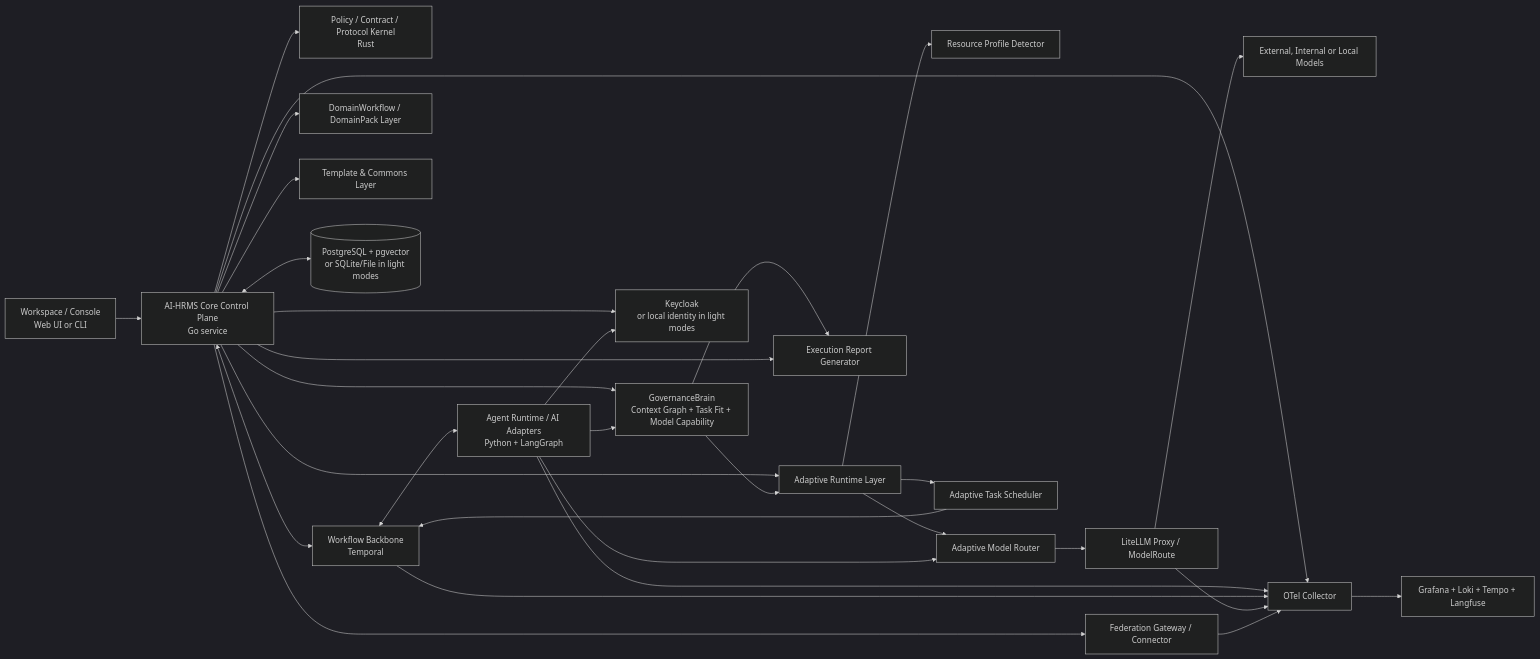
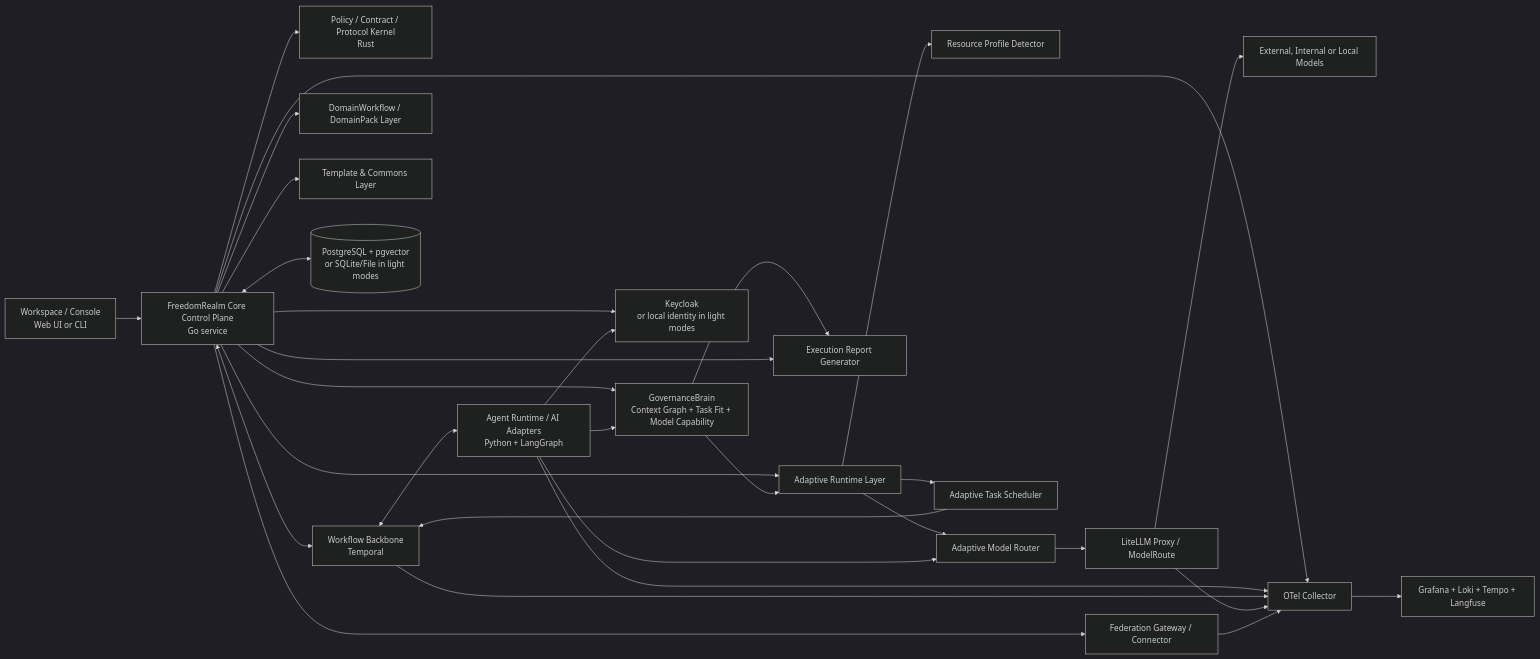
Before and after one commit to snowstorm-lightning/FreedomRealm: the diagram in docs/zh-CN/architecture-blueprint.md, drawn with Mermaid (dark theme). The commit also changed other lines of this file and 95 other files, not shown here.

Commit message:
Rename project to FreedomRealm

````diff
--- a/docs/zh-CN/architecture-blueprint.md
+++ b/docs/zh-CN/architecture-blueprint.md
@@ -7,53 +7,53 @@
 ```mermaid
 flowchart LR
     UI[Workspace / Console<br/>Web UI or CLI]
-    API[AI-HRMS Core Control Plane<br/>Go service]
+    API[FreedomRealm Core Control Plane<br/>Go service]
     PK[Policy / Contract / Protocol Kernel<br/>Rust]
     WF[Workflow Backbone<br/>Temporal]
     AR[Agent Runtime / AI Adapters<br/>Python + LangGraph]
     AD[Adaptive Runtime Layer]
     GB[GovernanceBrain<br/>Context Graph + Task Fit + Model Capability]
     RP[Resource Profile Detector]
     MR[Adaptive Model Router]
     TS[Adaptive Task Scheduler]
     DP[DomainWorkflow / DomainPack Layer]
     TC[Template & Commons Layer]
     FG[Federation Gateway / Connector]
     ER[Execution Report Generator]
     DB[(PostgreSQL + pgvector<br/>or SQLite/File in light modes)]
     KC[Keycloak<br/>or local identity in light modes]
     GW[LiteLLM Proxy / ModelRoute]
     MP[External, Internal or Local Models]
     OT[OTel Collector]
     OBS[Grafana + Loki + Tempo + Langfuse]
 
     UI --> API
     API --> PK
     API <--> WF
     WF <--> AR
     API --> AD
     API --> GB
     GB --> AD
     GB --> ER
     AD --> RP
     AD --> MR
     AD --> TS
     MR --> GW
     GW --> MP
     AR --> MR
     AR --> GB
     TS --> WF
     API --> DP
     API --> TC
     API --> FG
     API --> ER
     API <--> DB
     API --> KC
     AR --> KC
     API --> OT
     AR --> OT
     WF --> OT
     GW --> OT
     FG --> OT
     OT --> OBS
 ```
````
